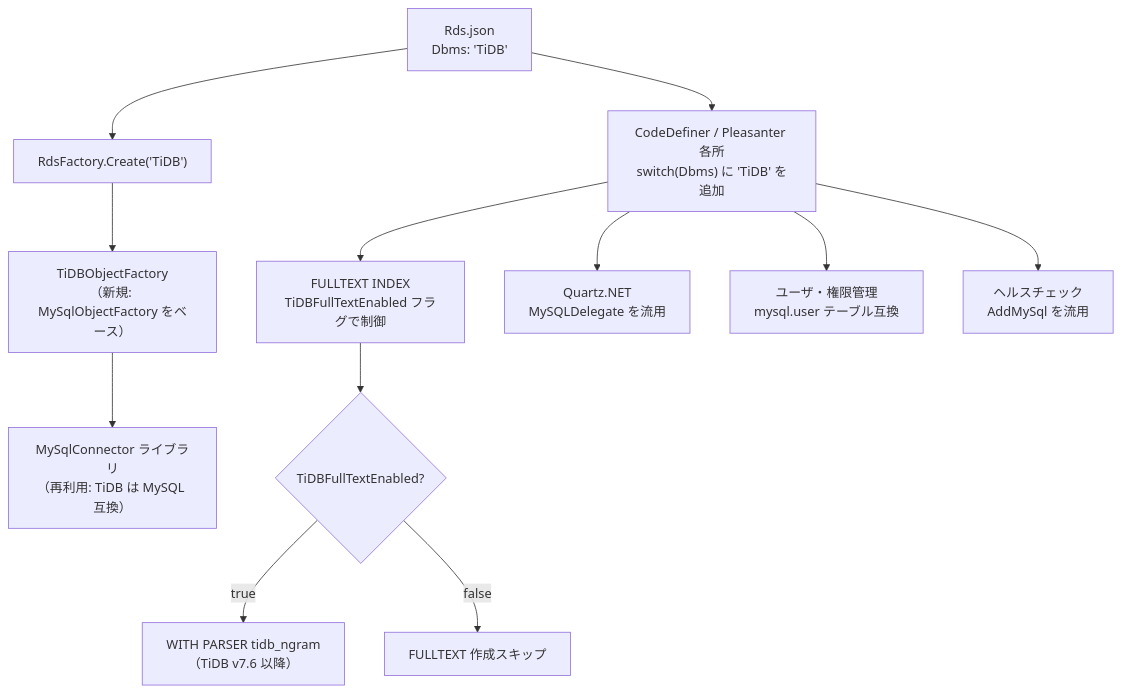
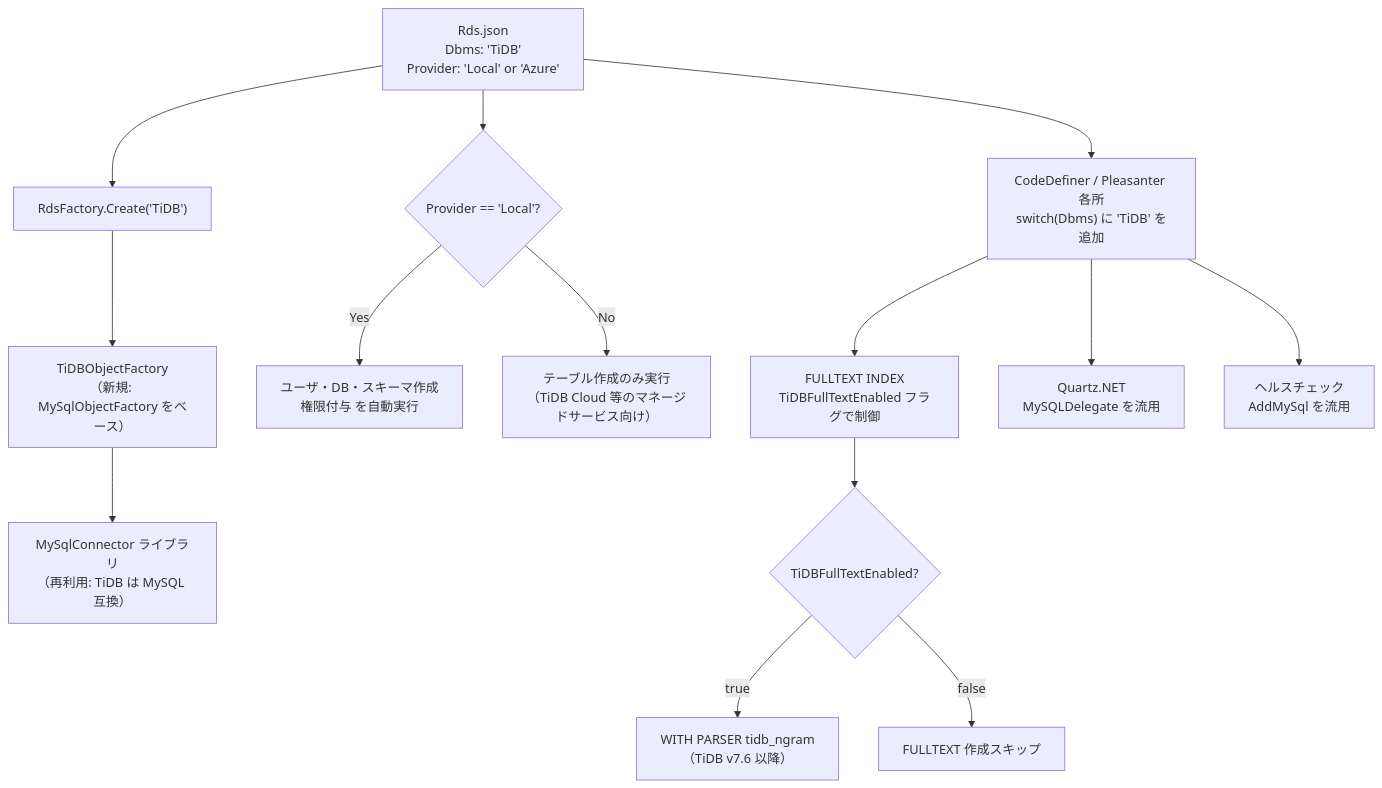
Before and after one commit to vehiclevisionjp/VehicleVision.Pleasanter.ResearchDocuments: the diagram in docs/research/05-基盤・ツール/024-TiDB対応.md, drawn with Mermaid. The commit also changed other lines of this file, not shown here.

````diff
--- a/docs/research/05-基盤・ツール/024-TiDB対応.md
+++ b/docs/research/05-基盤・ツール/024-TiDB対応.md
@@ -424,17 +507,20 @@
 ```mermaid
 flowchart TD
-    A["Rds.json\nDbms: 'TiDB'"] --> B["RdsFactory.Create('TiDB')"]
+    A["Rds.json\nDbms: 'TiDB'\nProvider: 'Local' or 'Azure'"] --> B["RdsFactory.Create('TiDB')"]
     B --> C["TiDBObjectFactory\n（新規: MySqlObjectFactory をベース）"]
     C --> D["MySqlConnector ライブラリ\n（再利用: TiDB は MySQL 互換）"]
+
+    A --> P{"Provider == 'Local'?"}
+    P -->|Yes| Q["ユーザ・DB・スキーマ作成\n権限付与 を自動実行"]
+    P -->|No| R["テーブル作成のみ実行\n（TiDB Cloud 等のマネージドサービス向け）"]
 
     A --> E["CodeDefiner / Pleasanter 各所\nswitch(Dbms) に 'TiDB' を追加"]
 
     E --> F["FULLTEXT INDEX\nTiDBFullTextEnabled フラグで制御"]
     E --> G["Quartz.NET\nMySQLDelegate を流用"]
-    E --> H["ユーザ・権限管理\nmysql.user テーブル互換"]
     E --> I["ヘルスチェック\nAddMySql を流用"]
 
     F --> J{"TiDBFullTextEnabled?"}
     J -->|true| K["WITH PARSER tidb_ngram\n（TiDB v7.6 以降）"]
     J -->|false| L["FULLTEXT 作成スキップ"]
 ```
````
